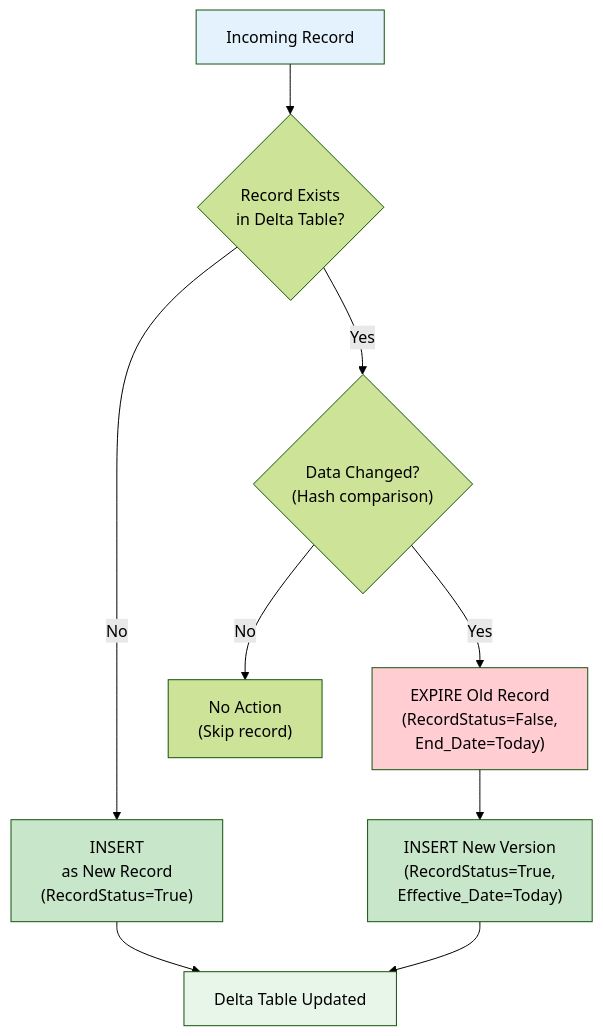
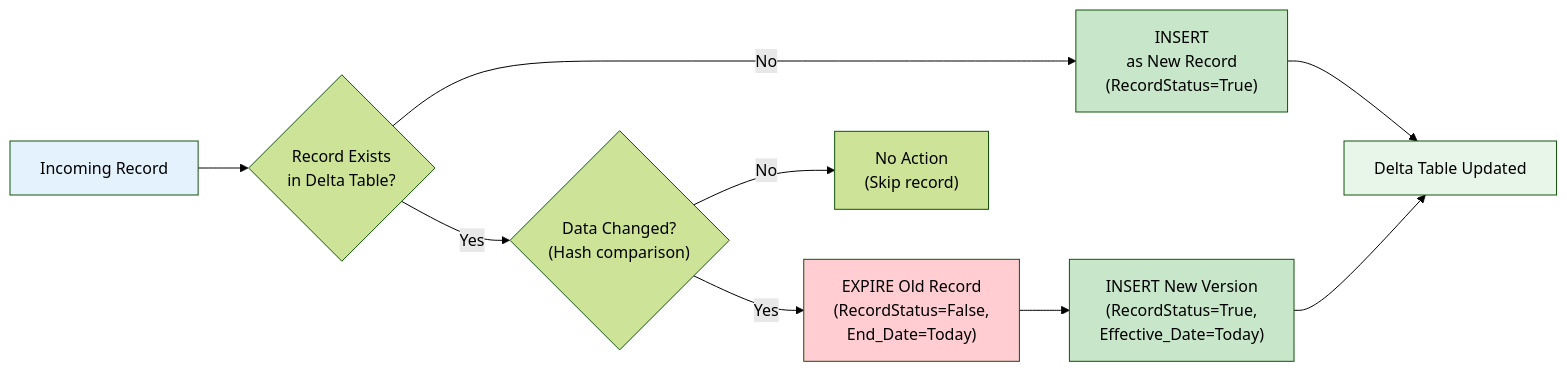
Before and after one commit to BhaveshVA/Patronage: the sixth of 8 diagrams in README.md, drawn with Mermaid (forest theme). The commit also changed other lines of this file, not shown here.

First line of the commit message:
Document Databricks job execution flow and notes

````diff
--- a/README.md
+++ b/README.md
@@ -193,18 +259,18 @@
 ```mermaid
-flowchart TD
+flowchart LR
     A["Incoming Record"] --> B{"Record Exists<br/>in Delta Table?"}
     B -- "No" --> C["INSERT<br/>as New Record<br/>(RecordStatus=True)"]
     B -- "Yes" --> D{"Data Changed?<br/>(Hash comparison)"}
     D -- "No" --> E["No Action<br/>(Skip record)"]
     D -- "Yes" --> F["EXPIRE Old Record<br/>(RecordStatus=False,<br/>End_Date=Today)"]
     F --> G["INSERT New Version<br/>(RecordStatus=True,<br/>Effective_Date=Today)"]
     
     C --> H["Delta Table Updated"]
     G --> H
     
     style A fill:#e3f2fd
     style C fill:#c8e6c9
     style F fill:#ffcdd2
     style G fill:#c8e6c9
     style H fill:#e8f5e9
 ```
````
